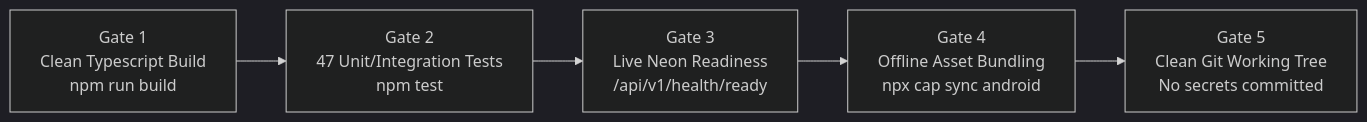
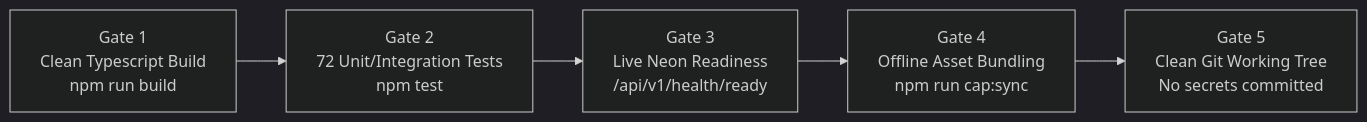
One commit to abraj12/khata-copy changed the diagram in docs/TESTING_AND_RELEASE.md. Above: the diagram before and after it, drawn with Mermaid (dark theme). The commit also changed other lines of this file and 25 other files, not shown here.

````diff
--- a/docs/TESTING_AND_RELEASE.md
+++ b/docs/TESTING_AND_RELEASE.md
@@ -67,7 +69,7 @@
 ```mermaid
 flowchart LR
-    G1["Gate 1\nClean Typescript Build\nnpm run build"] --> G2["Gate 2\n47 Unit/Integration Tests\nnpm test"]
+    G1["Gate 1\nClean Typescript Build\nnpm run build"] --> G2["Gate 2\n72 Unit/Integration Tests\nnpm test"]
     G2 --> G3["Gate 3\nLive Neon Readiness\n/api/v1/health/ready"]
-    G3 --> G4["Gate 4\nOffline Asset Bundling\nnpx cap sync android"]
+    G3 --> G4["Gate 4\nOffline Asset Bundling\nnpm run cap:sync"]
     G4 --> G5["Gate 5\nClean Git Working Tree\nNo secrets committed"]
 ```
````
